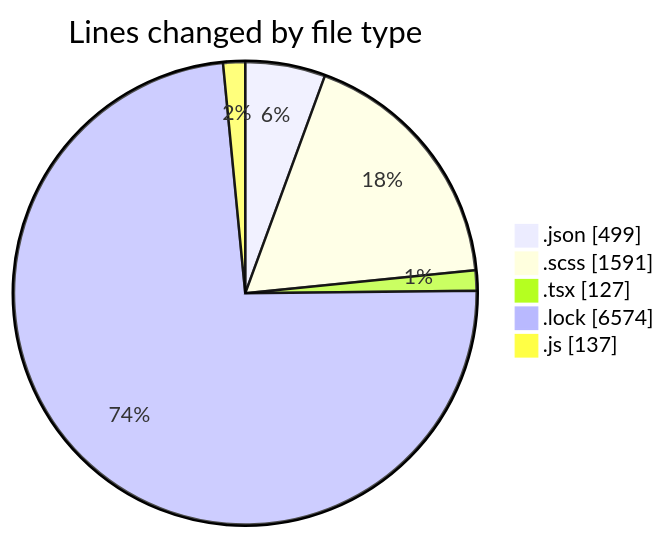
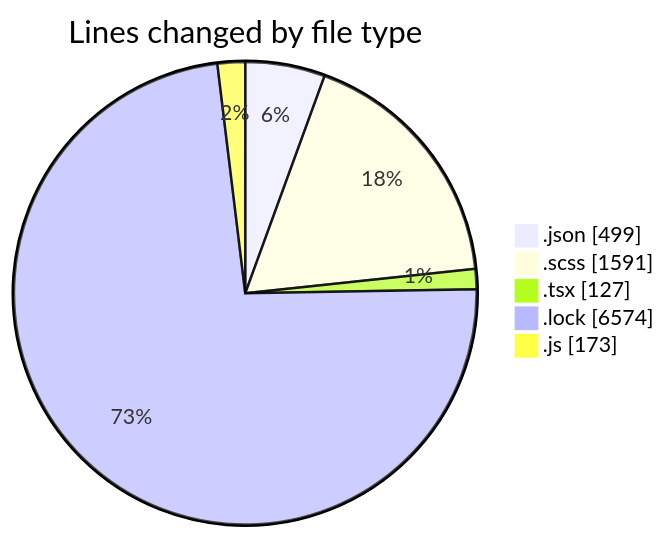
The first of 2 diagrams in 2026-08-11/cda/README.md (momahboobian/code-tracking), drawn with Mermaid before and after one commit. The commit also changed other lines of this file and 1 other file, not shown here.

````diff
--- a/2026-08-11/cda/README.md
+++ b/2026-08-11/cda/README.md
@@ -31,9 +31,9 @@
 ```mermaid
 pie showData
 title Lines changed by file type
 ".json" : 499
 ".scss" : 1591
 ".tsx" : 127
 ".lock" : 6574
-".js" : 137
+".js" : 173
 ```
````
